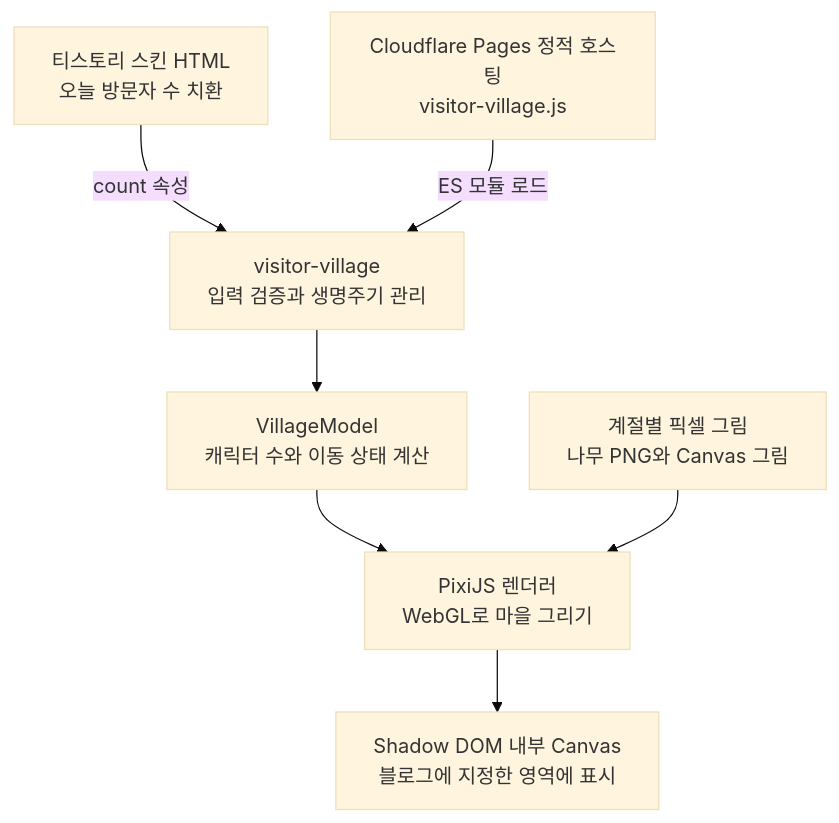
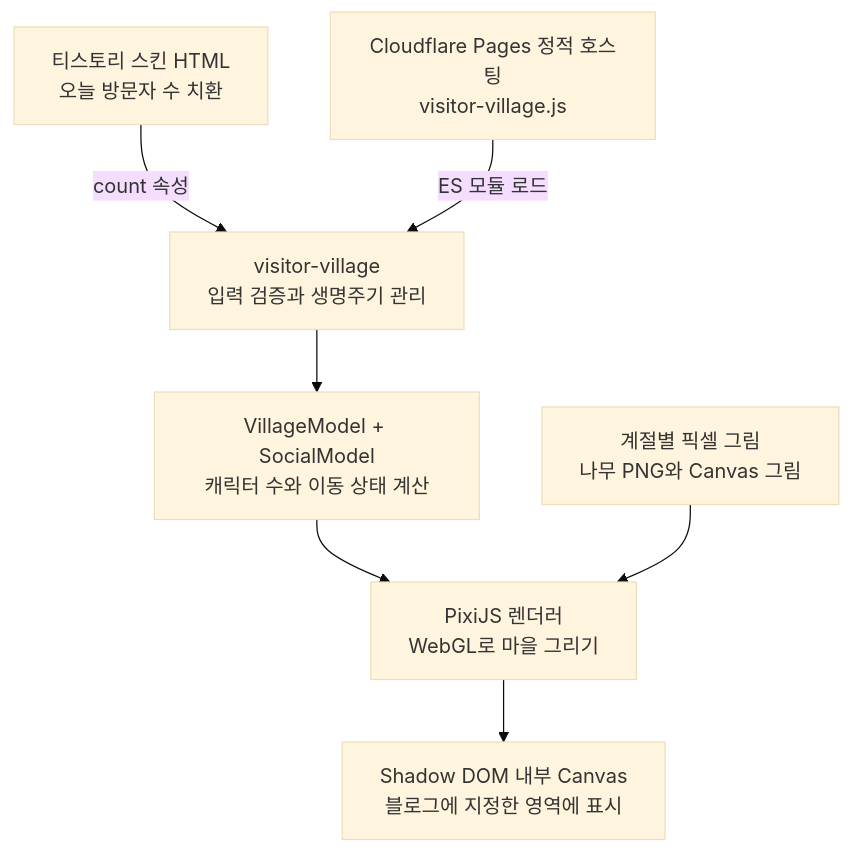
Before and after one commit to hyunolike/pixel-visitor-village: the diagram in README.md, drawn with Mermaid (base theme). The commit also changed other lines of this file and 104 other files, not shown here.

````diff
--- a/README.md
+++ b/README.md
@@ -91,9 +96,9 @@
 ```mermaid
 flowchart TD
     T["티스토리 스킨 HTML<br/>오늘 방문자 수 치환"] -->|count 속성| W["visitor-village<br/>입력 검증과 생명주기 관리"]
     V["Cloudflare Pages 정적 호스팅<br/>visitor-village.js"] -->|ES 모듈 로드| W
-    W --> M["VillageModel<br/>캐릭터 수와 이동 상태 계산"]
+    W --> M["VillageModel + SocialModel<br/>캐릭터 수와 이동 상태 계산"]
     M --> R["PixiJS 렌더러<br/>WebGL로 마을 그리기"]
     A["계절별 픽셀 그림<br/>나무 PNG와 Canvas 그림"] --> R
     R --> C["Shadow DOM 내부 Canvas<br/>블로그에 지정한 영역에 표시"]
 ```
````
